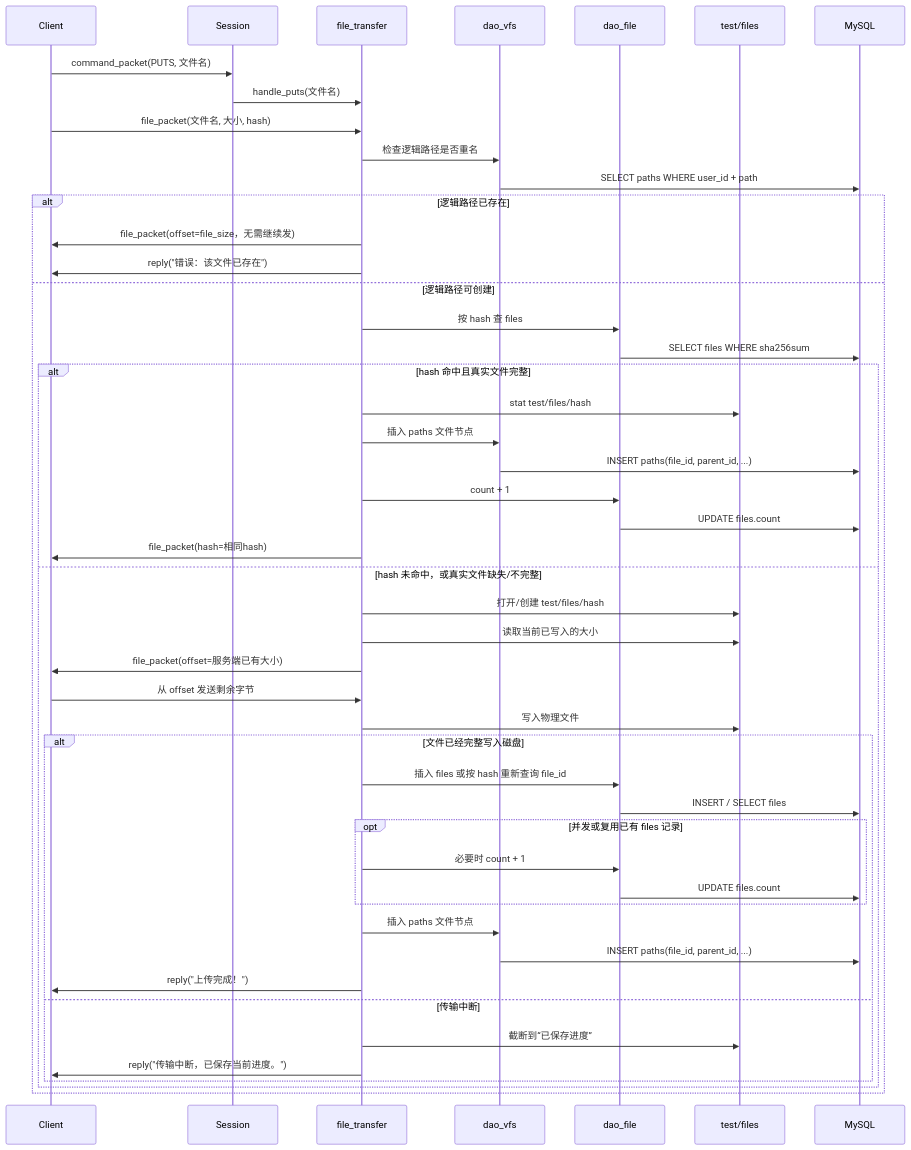
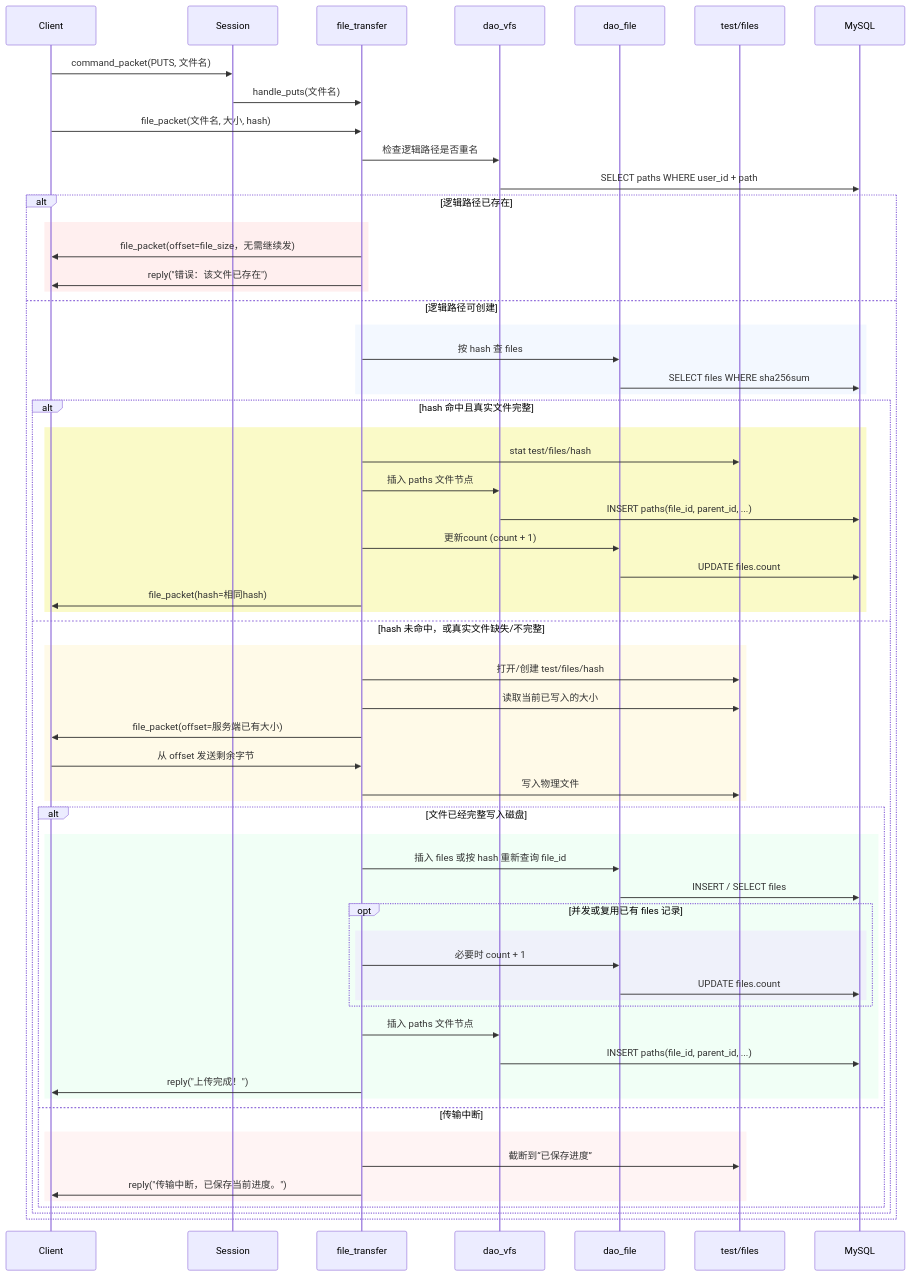
One commit to panlong-studio/WindCloud_V3 changed the fifth of 8 diagrams in docs/整体项目架构详解.md. Above: the diagram before and after it, drawn with Mermaid. The commit also changed 1 other file, not shown here.

Commit message:
update/更新md文档

````diff
--- a/docs/整体项目架构详解.md
+++ b/docs/整体项目架构详解.md
@@ -526,52 +526,65 @@
 ```mermaid
 sequenceDiagram
     participant C as Client
     participant S as Session
     participant FT as file_transfer
     participant VFS as dao_vfs
     participant DF as dao_file
     participant Disk as test/files
     participant DB as MySQL
 
     C->>S: command_packet(PUTS, 文件名)
     S->>FT: handle_puts(文件名)
     C->>FT: file_packet(文件名, 大小, hash)
     FT->>VFS: 检查逻辑路径是否重名
     VFS->>DB: SELECT paths WHERE user_id + path
     alt 逻辑路径已存在
-        FT->>C: file_packet(offset=file_size，无需继续发)
-        FT->>C: reply("错误：该文件已存在")
+        rect rgba(255, 220, 220, 0.45)    
+            FT->>C: file_packet(offset=file_size，无需继续发)
+            FT->>C: reply("错误：该文件已存在")
+        end
     else 逻辑路径可创建
-        FT->>DF: 按 hash 查 files
-        DF->>DB: SELECT files WHERE sha256sum
-
+        rect rgba(220, 235, 255, 0.35)
+            FT->>DF: 按 hash 查 files
+            DF->>DB: SELECT files WHERE sha256sum
+        end
         alt hash 命中且真实文件完整
-            FT->>Disk: stat test/files/hash
-            FT->>VFS: 插入 paths 文件节点
-            VFS->>DB: INSERT paths(file_id, parent_id, ...)
-            FT->>DF: count + 1
-            DF->>DB: UPDATE files.count
-            FT->>C: file_packet(hash=相同hash)
-        else hash 未命中，或真实文件缺失/不完整
-            FT->>Disk: 打开/创建 test/files/hash
-            FT->>Disk: 读取当前已写入的大小
-            FT->>C: file_packet(offset=服务端已有大小)
-            C->>FT: 从 offset 发送剩余字节
-            FT->>Disk: 写入物理文件
-            alt 文件已经完整写入磁盘
-                FT->>DF: 插入 files 或按 hash 重新查询 file_id
-                DF->>DB: INSERT / SELECT files
-                opt 并发或复用已有 files 记录
-                    FT->>DF: 必要时 count + 1
-                    DF->>DB: UPDATE files.count
-                end
+            rect rgb(250,250,200)
+                FT->>Disk: stat test/files/hash
                 FT->>VFS: 插入 paths 文件节点
                 VFS->>DB: INSERT paths(file_id, parent_id, ...)
-                FT->>C: reply("上传完成！")
+                FT->>DF: 更新count (count + 1)
+                DF->>DB: UPDATE files.count
+                FT->>C: file_packet(hash=相同hash)
+            end
+        else hash 未命中，或真实文件缺失/不完整
+        	rect rgba(255, 245, 210, 0.5)
+                FT->>Disk: 打开/创建 test/files/hash
+                FT->>Disk: 读取当前已写入的大小
+                FT->>C: file_packet(offset=服务端已有大小)
+                C->>FT: 从 offset 发送剩余字节
+                FT->>Disk: 写入物理文件
+            end
+            alt 文件已经完整写入磁盘
+            	rect rgba(225, 255, 235, 0.45)
+                    FT->>DF: 插入 files 或按 hash 重新查询 file_id
+                    DF->>DB: INSERT / SELECT files
+                    opt 并发或复用已有 files 记录
+                        rect rgba(235, 225, 255, 0.45)
+                            FT->>DF: 必要时 count + 1
+                            DF->>DB: UPDATE files.count
+                        end
+                    end
+                    FT->>VFS: 插入 paths 文件节点
+                    VFS->>DB: INSERT paths(file_id, parent_id, ...)
+                    FT->>C: reply("上传完成！")
+                end
             else 传输中断
-                FT->>Disk: 截断到“已保存进度”
-                FT->>C: reply("传输中断，已保存当前进度。")
+            	rect rgba(255, 230, 230, 0.45)
+                    FT->>Disk: 截断到“已保存进度”
+                    FT->>C: reply("传输中断，已保存当前进度。")
+                end
             end
         end
     end
 ```
````
